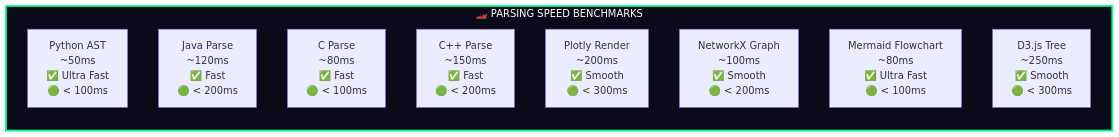
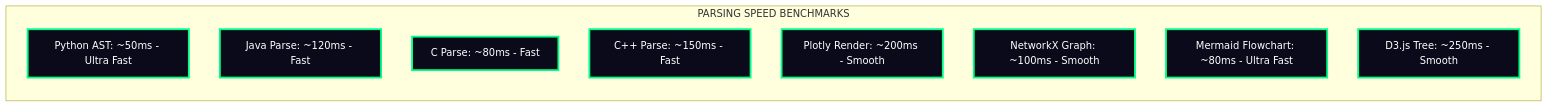
Before and after one commit to issu321/Programming-Visualization: diagram 19 of 21 in README.md, drawn with Mermaid. The commit also changed other lines of this file, not shown here.

````diff
--- a/README.md
+++ b/README.md
@@ -1517,16 +1397,16 @@
 ```mermaid
 graph LR
-    subgraph BENCH["🏎️ PARSING SPEED BENCHMARKS"]
-        direction TB
-        B1["Python AST<br/>~50ms<br/>✅ Ultra Fast<br/>🟢 < 100ms"]
-        B2["Java Parse<br/>~120ms<br/>✅ Fast<br/>🟢 < 200ms"]
-        B3["C Parse<br/>~80ms<br/>✅ Fast<br/>🟢 < 100ms"]
-        B4["C++ Parse<br/>~150ms<br/>✅ Fast<br/>🟢 < 200ms"]
-        B5["Plotly Render<br/>~200ms<br/>✅ Smooth<br/>🟢 < 300ms"]
-        B6["NetworkX Graph<br/>~100ms<br/>✅ Smooth<br/>🟢 < 200ms"]
-        B7["Mermaid Flowchart<br/>~80ms<br/>✅ Ultra Fast<br/>🟢 < 100ms"]
-        B8["D3.js Tree<br/>~250ms<br/>✅ Smooth<br/>🟢 < 300ms"]
+    subgraph BENCH["PARSING SPEED BENCHMARKS"]
+        B1["Python AST: ~50ms - Ultra Fast"]
+        B2["Java Parse: ~120ms - Fast"]
+        B3["C Parse: ~80ms - Fast"]
+        B4["C++ Parse: ~150ms - Fast"]
+        B5["Plotly Render: ~200ms - Smooth"]
+        B6["NetworkX Graph: ~100ms - Smooth"]
+        B7["Mermaid Flowchart: ~80ms - Ultra Fast"]
+        B8["D3.js Tree: ~250ms - Smooth"]
     end
 
-    style BENCH fill:#0a0a1a,stroke:#00ff88,stroke-width:3px,color:#fff
+    classDef bench fill:#0a0a1a,stroke:#00ff88,stroke-width:3px,color:#fff
+    class B1,B2,B3,B4,B5,B6,B7,B8 bench
 ```
````
